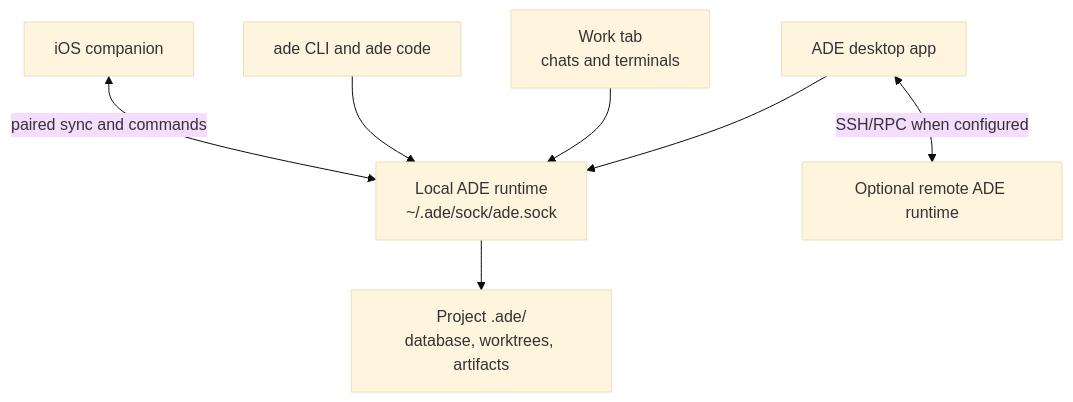
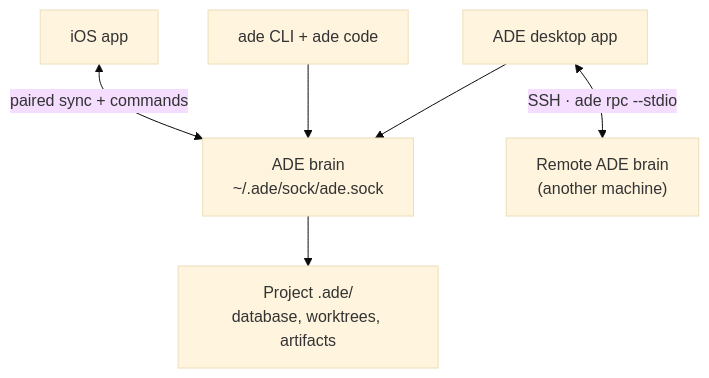
The diagram in architecture.mdx (arul28/ADE), drawn with Mermaid (base theme) before and after one commit. The commit also changed other lines of this file and 62 other files, not shown here.

````diff
--- a/architecture.mdx
+++ b/architecture.mdx
@@ -9,17 +9,15 @@
 ```mermaid
 flowchart TB
   Desktop["ADE desktop app"]
-  Work["Work tab<br/>chats and terminals"]
-  CLI["ade CLI and ade code"]
-  Runtime["Local ADE runtime<br/>~/.ade/sock/ade.sock"]
+  CLI["ade CLI + ade code"]
+  IOS["iOS app"]
+  Brain["ADE brain<br/>~/.ade/sock/ade.sock"]
   Project["Project .ade/<br/>database, worktrees, artifacts"]
-  IOS["iOS companion"]
-  Remote["Optional remote ADE runtime"]
+  Remote["Remote ADE brain<br/>(another machine)"]
 
-  Desktop --> Runtime
-  Work --> Runtime
-  CLI --> Runtime
-  Runtime --> Project
-  IOS <-->|"paired sync and commands"| Runtime
-  Desktop <-->|"SSH/RPC when configured"| Remote
+  Desktop --> Brain
+  CLI --> Brain
+  IOS <-->|"paired sync + commands"| Brain
+  Brain --> Project
+  Desktop <-->|"SSH · ade rpc --stdio"| Remote
 ```
````
